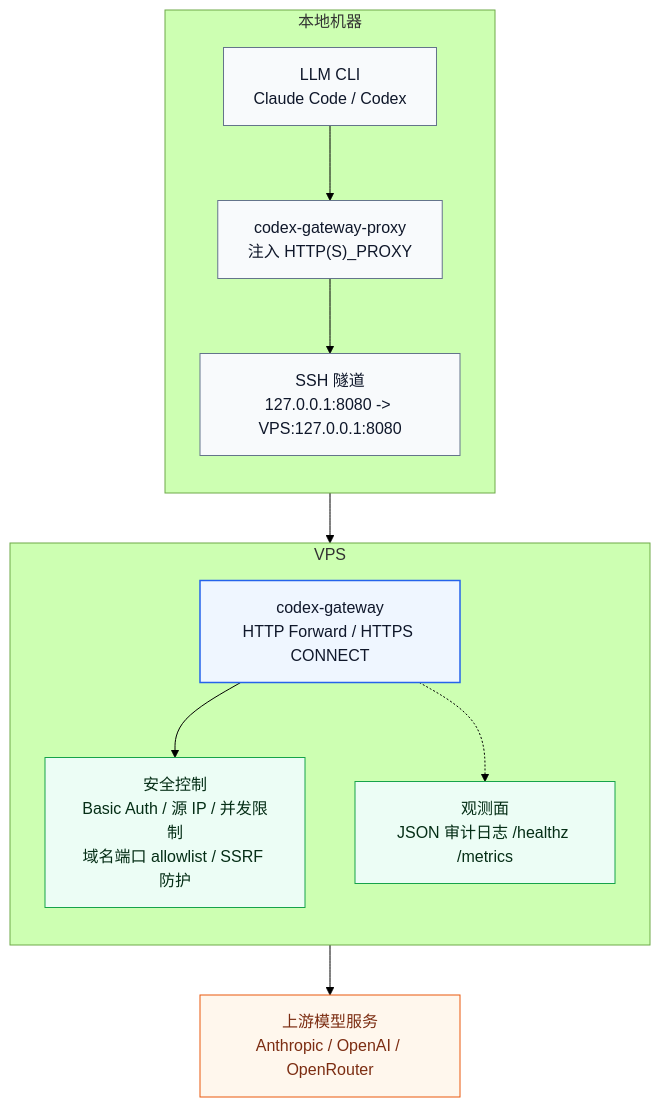
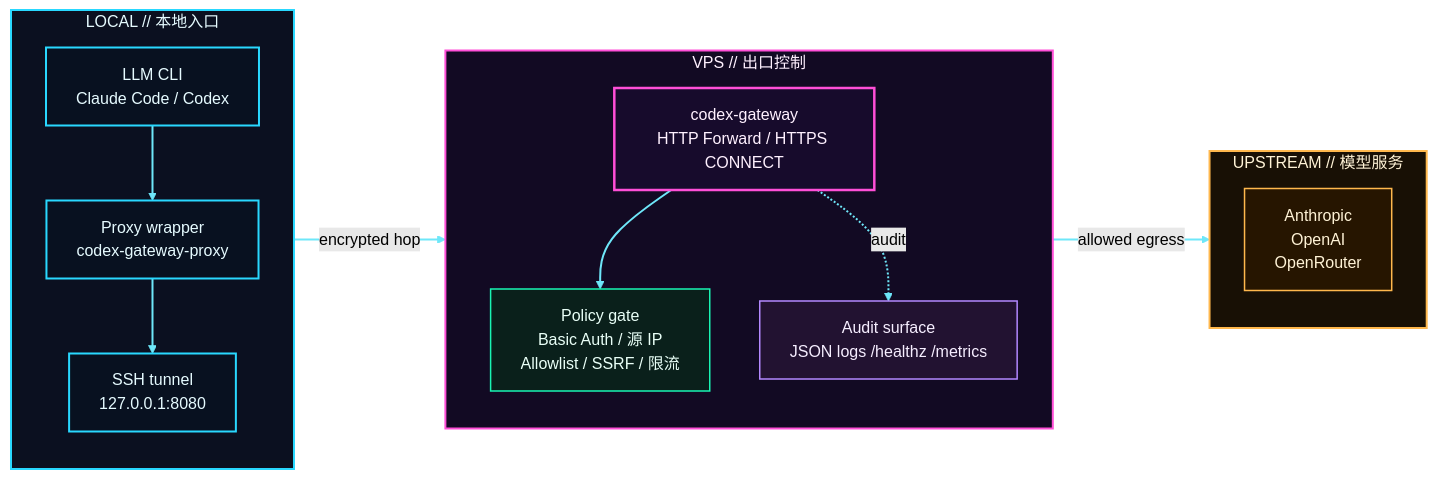
The diagram in README.md (alphabetc1/codex-gateway), drawn with Mermaid (forest theme) before and after one commit. The commit also changed 1 other file, not shown here.

Commit message:
docs: restyle architecture diagrams

````diff
--- a/README.md
+++ b/README.md
@@ -28,29 +28,39 @@
 ```mermaid
-flowchart TB
-  classDef local fill:#F8FAFC,stroke:#64748B,color:#0F172A,stroke-width:1px;
-  classDef gateway fill:#EFF6FF,stroke:#2563EB,color:#0F172A,stroke-width:1.5px;
-  classDef guard fill:#ECFDF5,stroke:#16A34A,color:#052E16,stroke-width:1px;
-  classDef upstream fill:#FFF7ED,stroke:#EA580C,color:#7C2D12,stroke-width:1px;
+%%{init: {'flowchart': {'curve': 'basis'}} }%%
+flowchart LR
+  classDef local fill:#081120,stroke:#29D8FF,color:#E6FBFF,stroke-width:2px;
+  classDef gateway fill:#170B2C,stroke:#FF4FD8,color:#FFF1FF,stroke-width:2.5px;
+  classDef policy fill:#0A201B,stroke:#19F5B3,color:#E9FFF7,stroke-width:1.5px;
+  classDef obs fill:#221231,stroke:#B388FF,color:#F6EEFF,stroke-width:1.5px;
+  classDef upstream fill:#261500,stroke:#FFB84D,color:#FFF3D6,stroke-width:1.5px;
+  linkStyle default stroke:#6EE7F9,stroke-width:2px;
 
-  subgraph LOCAL["本地机器"]
+  style LOCAL fill:#0B1020,stroke:#29D8FF,stroke-width:2px,color:#E6FBFF;
+  style VPS fill:#120A23,stroke:#FF4FD8,stroke-width:2px,color:#FFF1FF;
+  style CLOUD fill:#181005,stroke:#FFB84D,stroke-width:2px,color:#FFF3D6;
+
+  subgraph LOCAL["LOCAL // 本地入口"]
     direction TB
     CLI["LLM CLI<br/>Claude Code / Codex"]:::local
-    WRAP["codex-gateway-proxy<br/>注入 HTTP(S)_PROXY"]:::local
-    TUNNEL["SSH 隧道<br/>127.0.0.1:8080 -> VPS:127.0.0.1:8080"]:::local
+    WRAP["Proxy wrapper<br/>codex-gateway-proxy"]:::local
+    TUNNEL["SSH tunnel<br/>127.0.0.1:8080"]:::local
     CLI --> WRAP --> TUNNEL
   end
 
-  subgraph VPS["VPS"]
+  subgraph VPS["VPS // 出口控制"]
     direction TB
     PROXY["codex-gateway<br/>HTTP Forward / HTTPS CONNECT"]:::gateway
-    POLICY["安全控制<br/>Basic Auth / 源 IP / 并发限制<br/>域名端口 allowlist / SSRF 防护"]:::guard
-    OBS["观测面<br/>JSON 审计日志 /healthz /metrics"]:::guard
+    POLICY["Policy gate<br/>Basic Auth / 源 IP<br/>Allowlist / SSRF / 限流"]:::policy
+    OBS["Audit surface<br/>JSON logs /healthz /metrics"]:::obs
     PROXY --> POLICY
-    PROXY -.-> OBS
+    PROXY -. audit .-> OBS
   end
 
-  UPSTREAM["上游模型服务<br/>Anthropic / OpenAI / OpenRouter"]:::upstream
+  subgraph CLOUD["UPSTREAM // 模型服务"]
+    direction TB
+    UPSTREAM["Anthropic<br/>OpenAI<br/>OpenRouter"]:::upstream
+  end
 
-  TUNNEL --> PROXY
-  POLICY --> UPSTREAM
+  TUNNEL -- encrypted hop --> PROXY
+  POLICY -- allowed egress --> UPSTREAM
 ```
````
